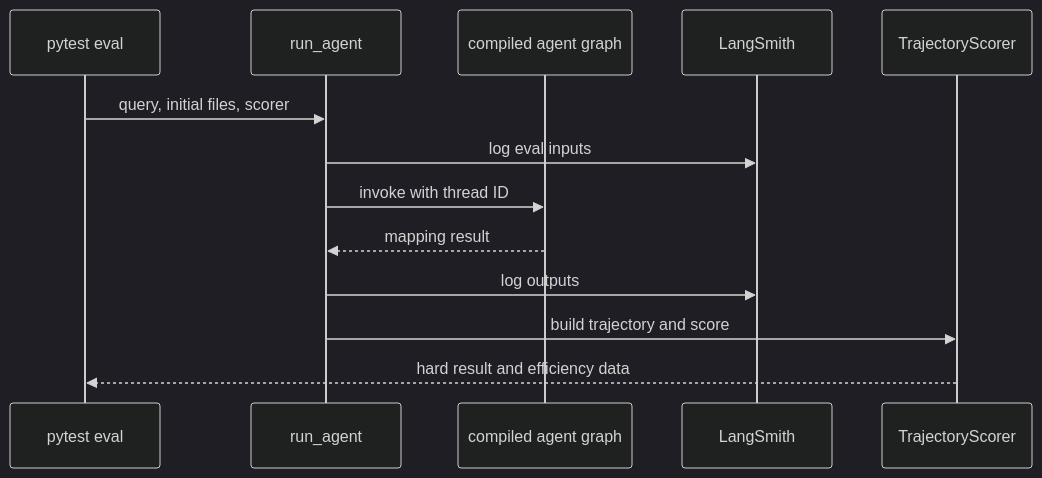
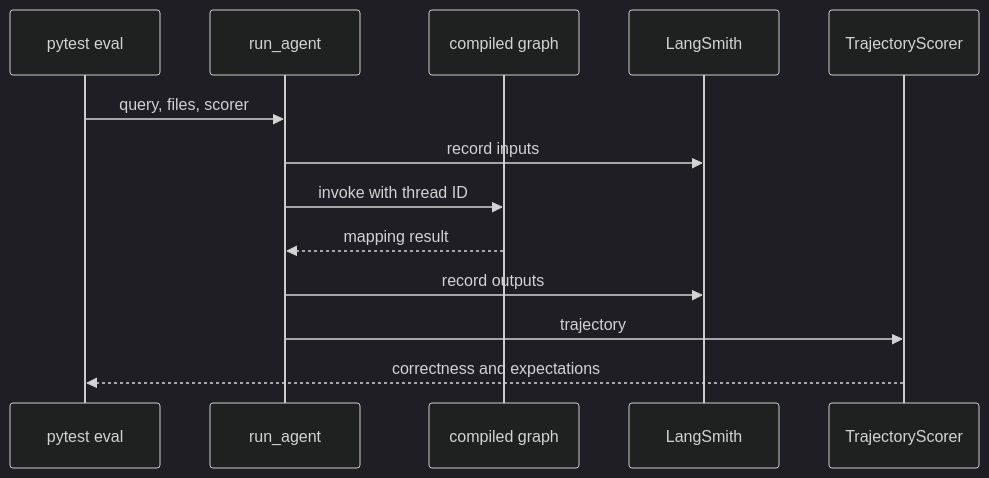
The first of 2 diagrams in openwiki/workflows/run-evals.md (langchain-ai/deepagents), drawn with Mermaid (dark theme) before and after one commit. The commit also changed other lines of this file and 69 other files, not shown here.

````diff
--- a/openwiki/workflows/run-evals.md
+++ b/openwiki/workflows/run-evals.md
@@ -152,15 +140,15 @@
 ```mermaid
 sequenceDiagram
     participant Test as pytest eval
     participant Runner as run_agent
-    participant Agent as compiled agent graph
-    participant Trace as LangSmith
-    participant Score as TrajectoryScorer
-    Test->>Runner: query, initial files, scorer
-    Runner->>Trace: log eval inputs
-    Runner->>Agent: invoke with thread ID
-    Agent-->>Runner: mapping result
-    Runner->>Trace: log outputs
-    Runner->>Score: build trajectory and score
-    Score-->>Test: hard result and efficiency data
+    participant Graph as compiled graph
+    participant Smith as LangSmith
+    participant Scorer as TrajectoryScorer
+    Test->>Runner: query, files, scorer
+    Runner->>Smith: record inputs
+    Runner->>Graph: invoke with thread ID
+    Graph-->>Runner: mapping result
+    Runner->>Smith: record outputs
+    Runner->>Scorer: trajectory
+    Scorer-->>Test: correctness and expectations
 ```
````
